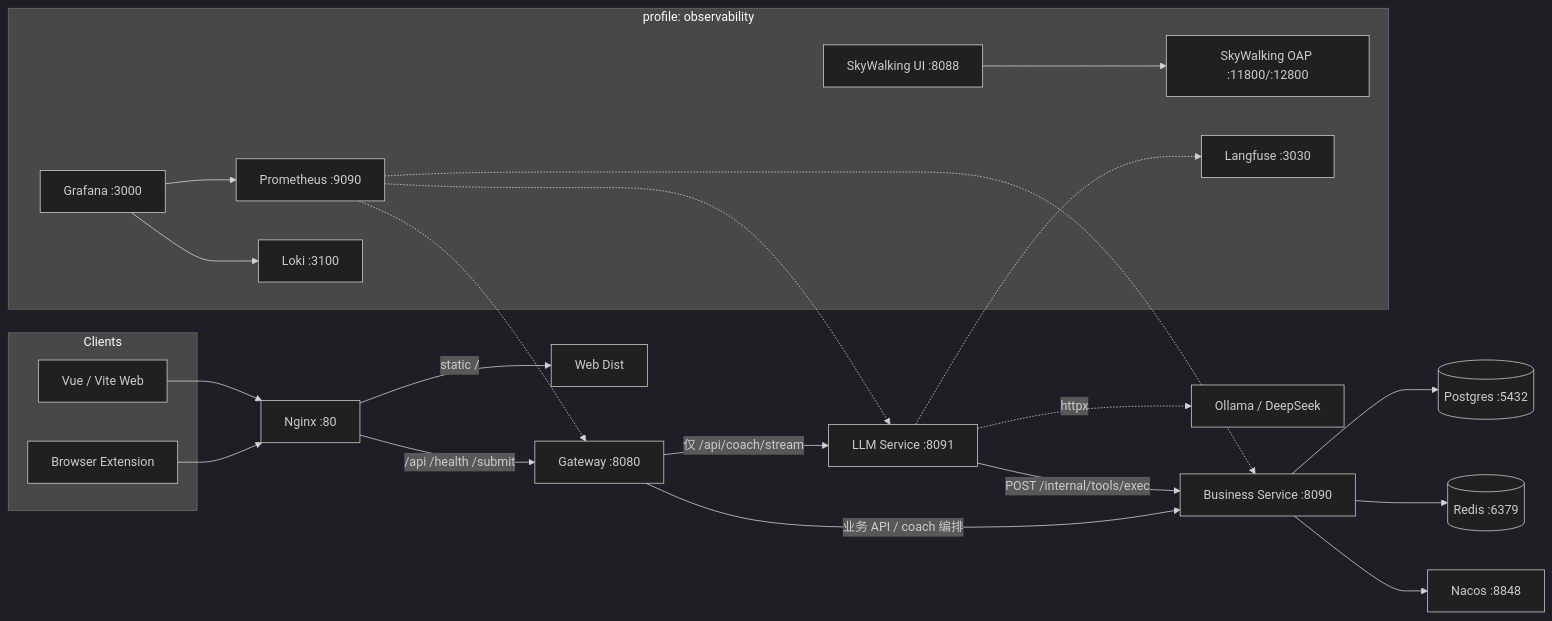
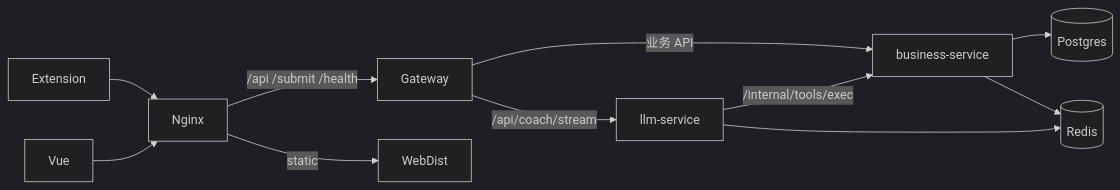
One commit to cungphammanh590-star/CodeArena changed the diagram in docs/architecture/OVERVIEW.md. Above: the diagram before and after it, drawn with Mermaid (dark theme). The commit also changed other lines of this file and 80 other files, not shown here.

````diff
--- a/docs/architecture/OVERVIEW.md
+++ b/docs/architecture/OVERVIEW.md
@@ -9,44 +6,13 @@
 ```mermaid
 flowchart LR
-  subgraph Clients
-    Ext[Browser Extension]
-    Web[Vue / Vite Web]
-  end
-
-  Nginx[Nginx :80]
-  GW[Gateway :8080]
-  Biz[Business Service :8090]
-  LLM[LLM Service :8091]
-  PG[(Postgres :5432)]
-  Redis[(Redis :6379)]
-  Nacos[Nacos :8848]
-
-  Ext --> Nginx
-  Web --> Nginx
-  Nginx -->|/api /health /submit| GW
-  Nginx -->|static /| WebDist[Web Dist]
-  GW -->|业务 API / coach 编排| Biz
-  GW -->|仅 /api/coach/stream| LLM
-  LLM -->|POST /internal/tools/exec| Biz
-  LLM -.->|httpx| UpstreamLLM[Ollama / DeepSeek]
-  Biz --> PG
-  Biz --> Redis
-  Biz --> Nacos
-
-  subgraph Observability["profile: observability"]
-    Prom[Prometheus :9090]
-    Graf[Grafana :3000]
-    Loki[Loki :3100]
-    SWOAP[SkyWalking OAP :11800/:12800]
-    SWUI[SkyWalking UI :8088]
-    LF[Langfuse :3030]
-  end
-
-  Prom -.-> GW
-  Prom -.-> Biz
-  Prom -.-> LLM
-  Graf --> Prom
-  Graf --> Loki
-  SWUI --> SWOAP
-  LLM -.-> LF
+  Ext[Extension] --> Nginx
+  Web[Vue] --> Nginx
+  Nginx -->|/api /submit /health| GW[Gateway]
+  Nginx -->|static| WebDist
+  GW -->|业务 API| Biz[business-service]
+  GW -->|/api/coach/stream| LLM[llm-service]
+  LLM -->|/internal/tools/exec| Biz
+  Biz --> PG[(Postgres)]
+  Biz --> Redis[(Redis)]
+  LLM --> Redis
 ```
````
